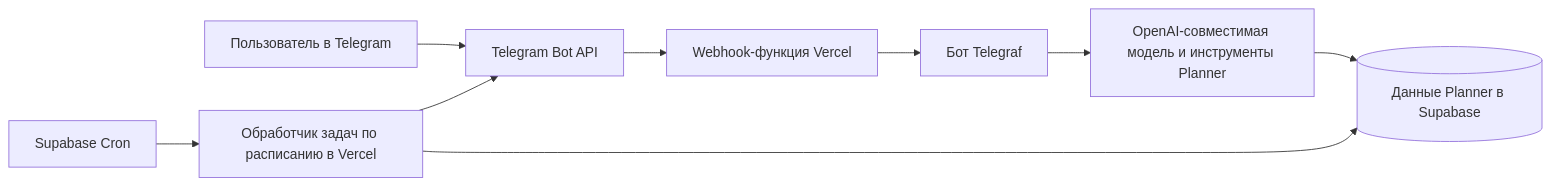
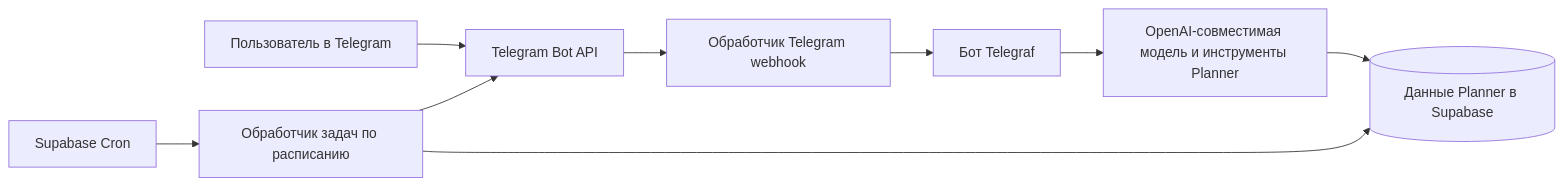
One commit to selecteg12/planner-ai-assistant changed the diagram in README.ru.md. Above: the diagram before and after it, drawn with Mermaid. The commit also changed other lines of this file and 1 other file, not shown here.

Commit message:
Clarify local setup and webhook documentation

````diff
--- a/README.ru.md
+++ b/README.ru.md
@@ -37,11 +37,11 @@
 ```mermaid
 flowchart LR
     U["Пользователь в Telegram"] --> T["Telegram Bot API"]
-    T --> V["Webhook-функция Vercel"]
+    T --> V["Обработчик Telegram webhook"]
     V --> B["Бот Telegraf"]
     B --> A["OpenAI-совместимая модель и инструменты Planner"]
     A --> S[("Данные Planner в Supabase")]
-    C["Supabase Cron"] --> J["Обработчик задач по расписанию в Vercel"]
+    C["Supabase Cron"] --> J["Обработчик задач по расписанию"]
     J --> S
     J --> T
 ```
````
